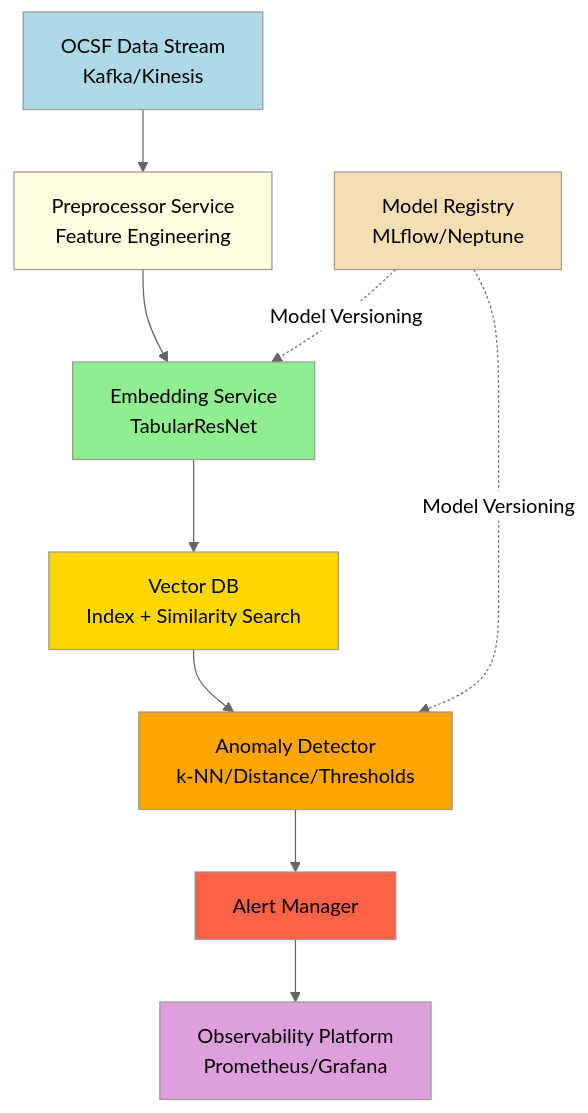
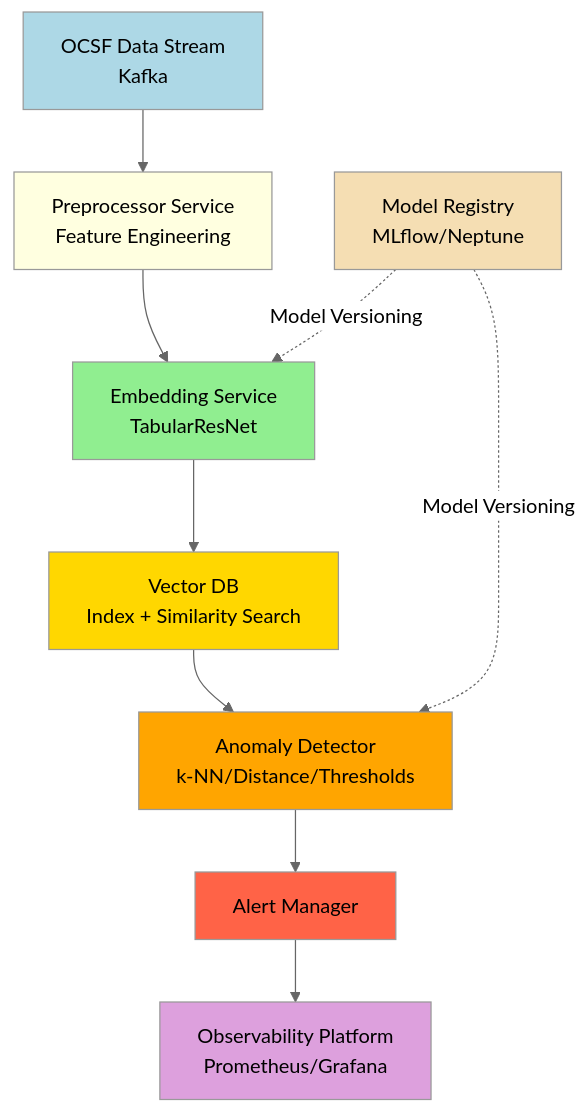
Before and after one commit to snowch/snowch.github.io: the diagram in ai-eng/embedding-anomaly-detection/part6-production-deployment.md, drawn with Mermaid (neutral theme).

````diff
--- a/ai-eng/embedding-anomaly-detection/part6-production-deployment.md
+++ b/ai-eng/embedding-anomaly-detection/part6-production-deployment.md
@@ -22,21 +22,21 @@
 ```{mermaid}
 graph TB
-    OCSF[OCSF Data Stream<br/>Kafka/Kinesis] --> Preprocessor[Preprocessor Service<br/>Feature Engineering]
+    OCSF[OCSF Data Stream<br/>Kafka] --> Preprocessor[Preprocessor Service<br/>Feature Engineering]
     Preprocessor --> Embedding[Embedding Service<br/>TabularResNet]
     Embedding --> VectorDB[Vector DB<br/>Index + Similarity Search]
     VectorDB --> Detector[Anomaly Detector<br/>k-NN/Distance/Thresholds]
     Detector --> AlertManager[Alert Manager]
     AlertManager --> Observability[Observability Platform<br/>Prometheus/Grafana]
 
     ModelRegistry[Model Registry<br/>MLflow/Neptune] -.Model Versioning.-> Embedding
     ModelRegistry -.Model Versioning.-> Detector
 
     style OCSF fill:#ADD8E6
     style Preprocessor fill:#FFFFE0
     style Embedding fill:#90EE90
     style VectorDB fill:#FFD700
     style Detector fill:#FFA500
     style AlertManager fill:#FF6347
     style Observability fill:#DDA0DD
     style ModelRegistry fill:#F5DEB3
 ```
````
